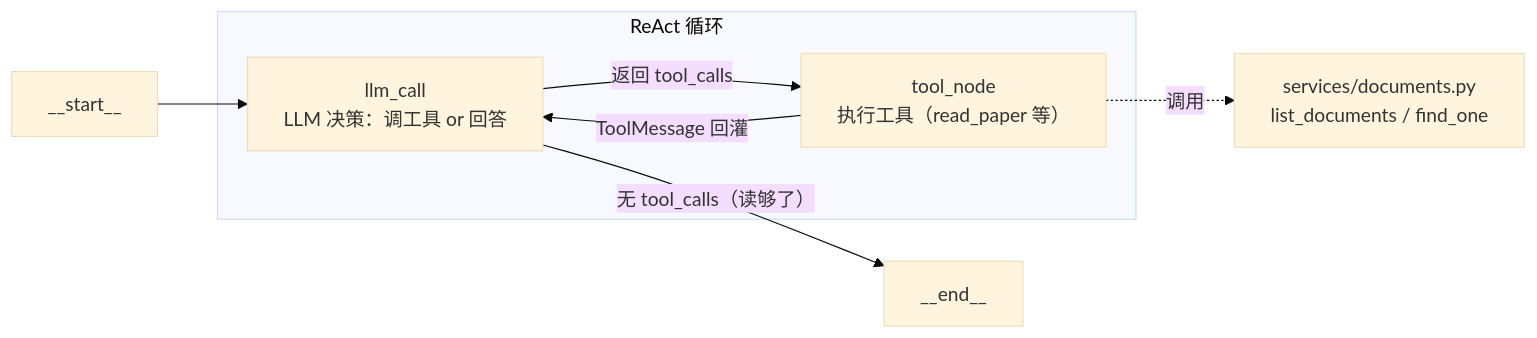
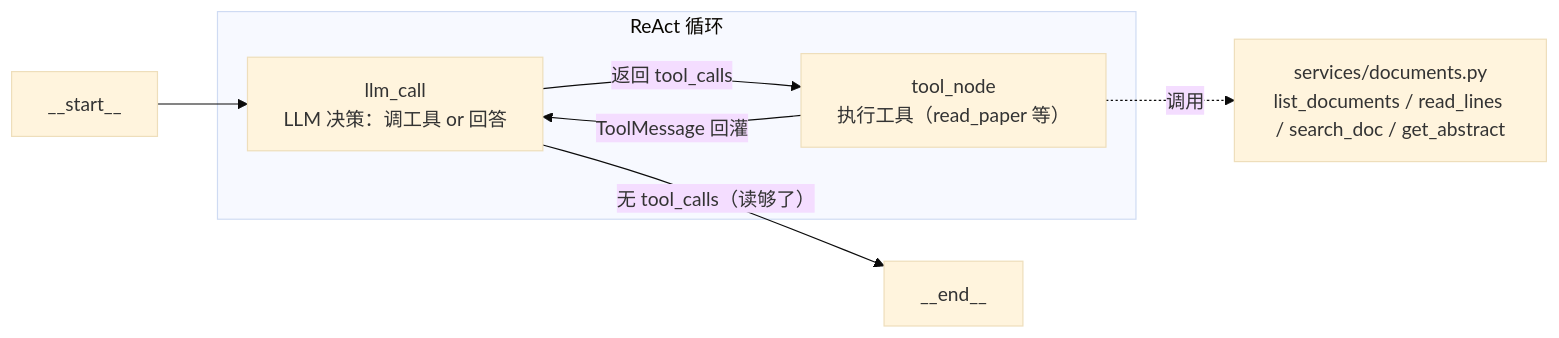
Before and after one commit to 00-DS/Agentic-Search: the second of 2 diagrams in 任务文档/02-LangGraph-Agent.md, drawn with Mermaid (base theme). The commit also changed other lines of this file and 3 other files, not shown here.

````diff
--- a/任务文档/02-LangGraph-Agent.md
+++ b/任务文档/02-LangGraph-Agent.md
@@ -87,12 +87,12 @@
 ```mermaid
 graph LR
     Start["__start__"] --> LLM["llm_call<br/>LLM 决策：调工具 or 回答"]
     LLM -->|"返回 tool_calls"| Tool["tool_node<br/>执行工具（read_paper 等）"]
     Tool -->|"ToolMessage 回灌"| LLM
     LLM -->|"无 tool_calls（读够了）"| End["__end__"]
-    Tool -.->|"调用"| Docs["services/documents.py<br/>list_documents / find_one"]
+    Tool -.->|"调用"| Docs["services/documents.py<br/>list_documents / read_lines / search_doc / get_abstract"]
     subgraph ReAct 循环
         LLM
         Tool
     end
 ```
````
